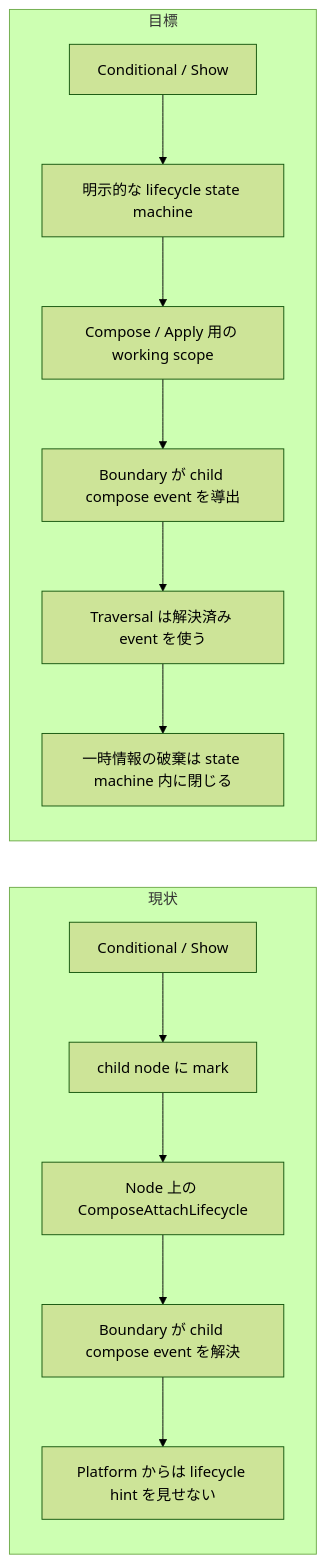
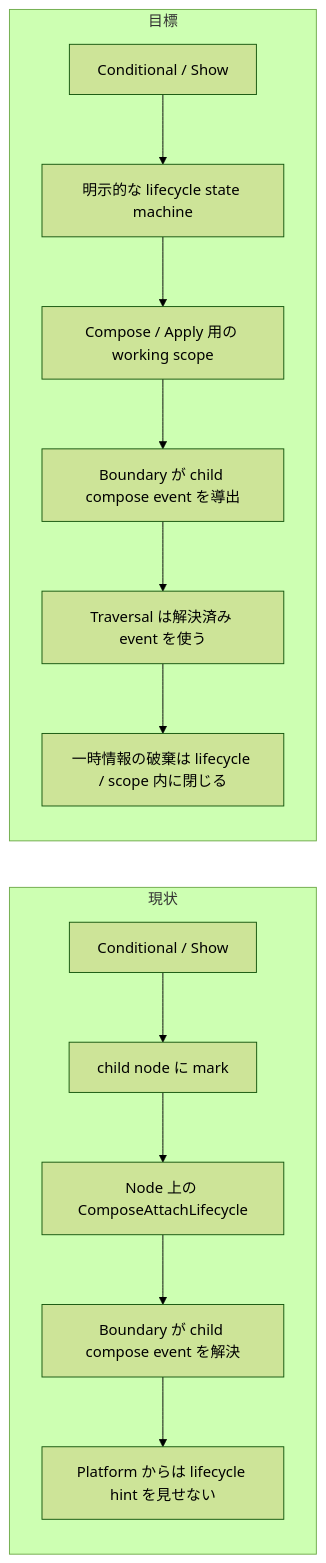
Before and after one commit to cubenoy22/Loka: the second of 17 diagrams in docs/current_issues_diagram.md, drawn with Mermaid (forest theme). The commit also changed other lines of this file and 2 other files, not shown here.

Commit message:
Refresh scene lifecycle issue notes

````diff
--- a/docs/current_issues_diagram.md
+++ b/docs/current_issues_diagram.md
@@ -28,17 +28,17 @@
 ```mermaid
 flowchart LR
     subgraph 現状
         C1[Conditional / Show] --> C2[child node に mark]
         C2 --> C3[Node 上の ComposeAttachLifecycle]
         C3 --> C4[Boundary が child compose event を解決]
         C4 --> C5[Platform からは lifecycle hint を見せない]
     end
 
     subgraph 目標
         T1[Conditional / Show] --> T2[明示的な lifecycle state machine]
         T2 --> T3[Compose / Apply 用の working scope]
         T3 --> T4[Boundary が child compose event を導出]
         T4 --> T5[Traversal は解決済み event を使う]
-        T5 --> T6[一時情報の破棄は state machine 内に閉じる]
+        T5 --> T6[一時情報の破棄は lifecycle / scope 内に閉じる]
     end
 ```
````
